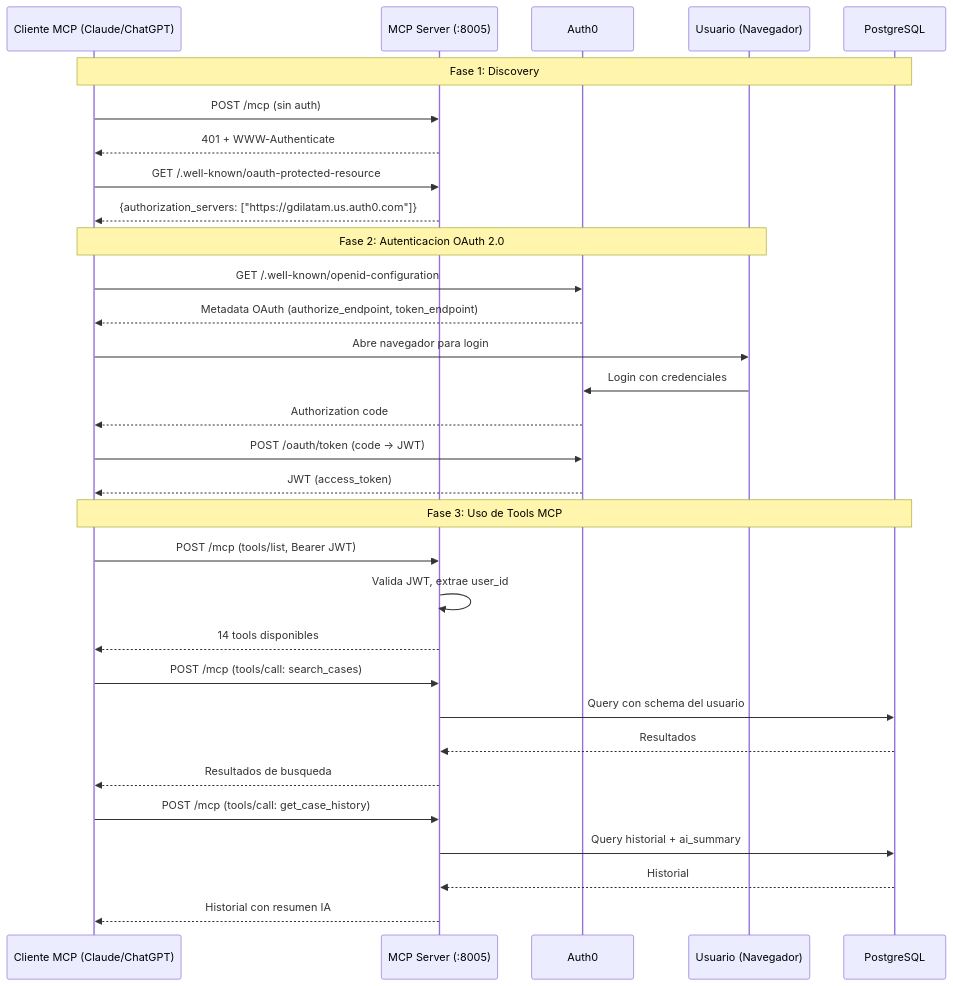
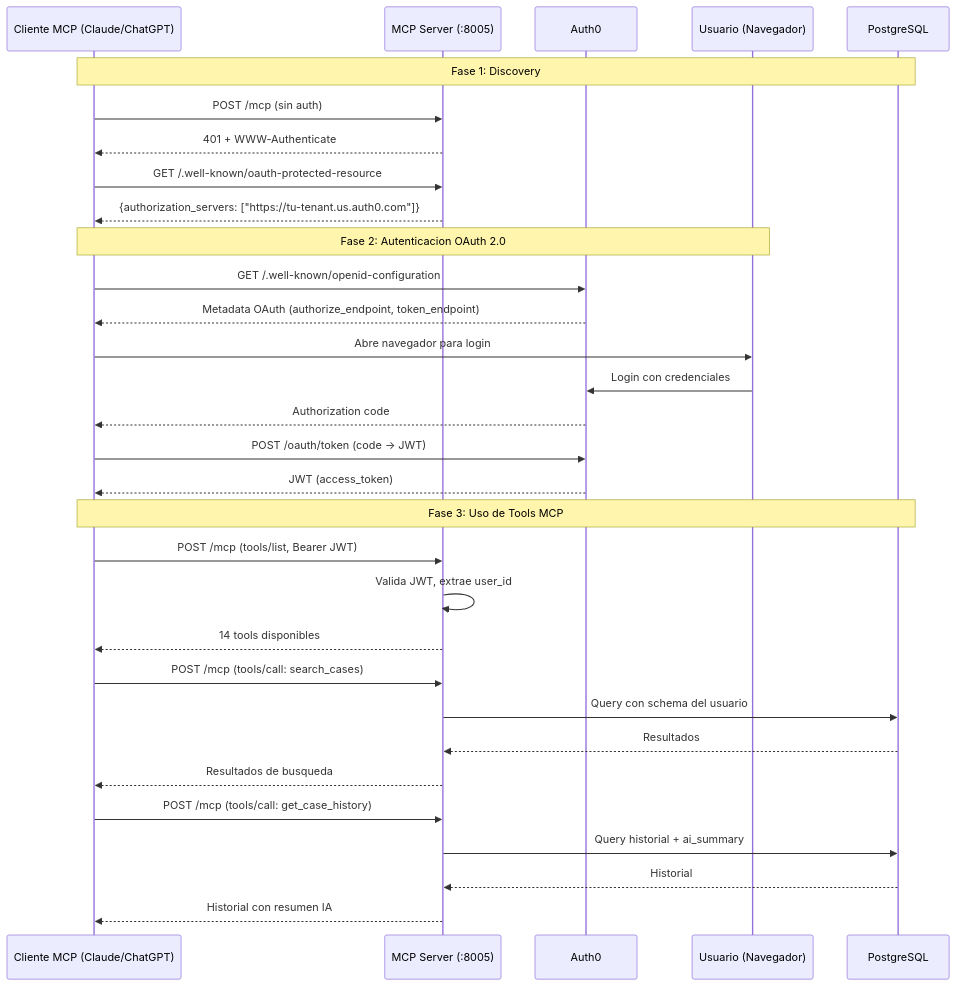
The fifth of 6 diagrams in docs/arquitectura/flujos-principales.md (GDI-APGLv3/Site-Docs), drawn with Mermaid before and after one commit. The commit also changed 9 other files, not shown here.

````diff
--- a/docs/arquitectura/flujos-principales.md
+++ b/docs/arquitectura/flujos-principales.md
@@ -230,38 +230,38 @@
 ```mermaid
 sequenceDiagram
     participant C as Cliente MCP (Claude/ChatGPT)
     participant M as MCP Server (:8005)
     participant A as Auth0
     participant U as Usuario (Navegador)
     participant PG as PostgreSQL
 
     Note over C,PG: Fase 1: Discovery
     C->>M: POST /mcp (sin auth)
     M-->>C: 401 + WWW-Authenticate
     C->>M: GET /.well-known/oauth-protected-resource
-    M-->>C: {authorization_servers: ["https://gdilatam.us.auth0.com"]}
+    M-->>C: {authorization_servers: ["https://tu-tenant.us.auth0.com"]}
 
     Note over C,U: Fase 2: Autenticacion OAuth 2.0
     C->>A: GET /.well-known/openid-configuration
     A-->>C: Metadata OAuth (authorize_endpoint, token_endpoint)
     C->>U: Abre navegador para login
     U->>A: Login con credenciales
     A-->>C: Authorization code
     C->>A: POST /oauth/token (code → JWT)
     A-->>C: JWT (access_token)
 
     Note over C,PG: Fase 3: Uso de Tools MCP
     C->>M: POST /mcp (tools/list, Bearer JWT)
     M->>M: Valida JWT, extrae user_id
     M-->>C: 14 tools disponibles
 
     C->>M: POST /mcp (tools/call: search_cases)
     M->>PG: Query con schema del usuario
     PG-->>M: Resultados
     M-->>C: Resultados de busqueda
 
     C->>M: POST /mcp (tools/call: get_case_history)
     M->>PG: Query historial + ai_summary
     PG-->>M: Historial
     M-->>C: Historial con resumen IA
 ```
````
